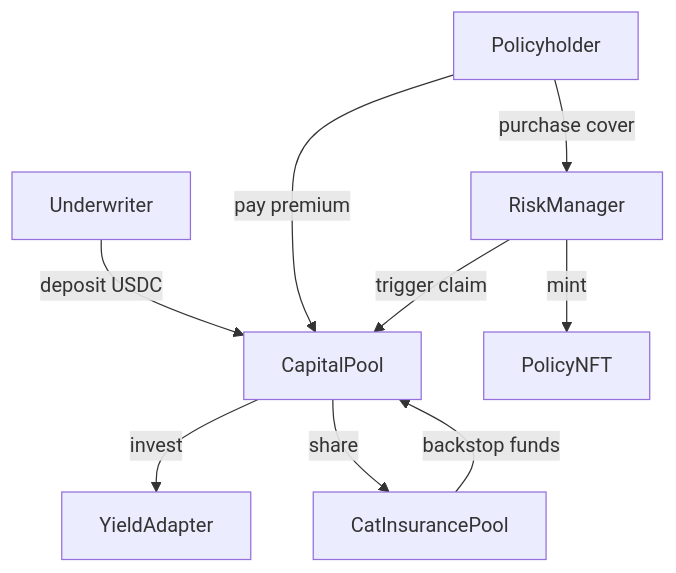
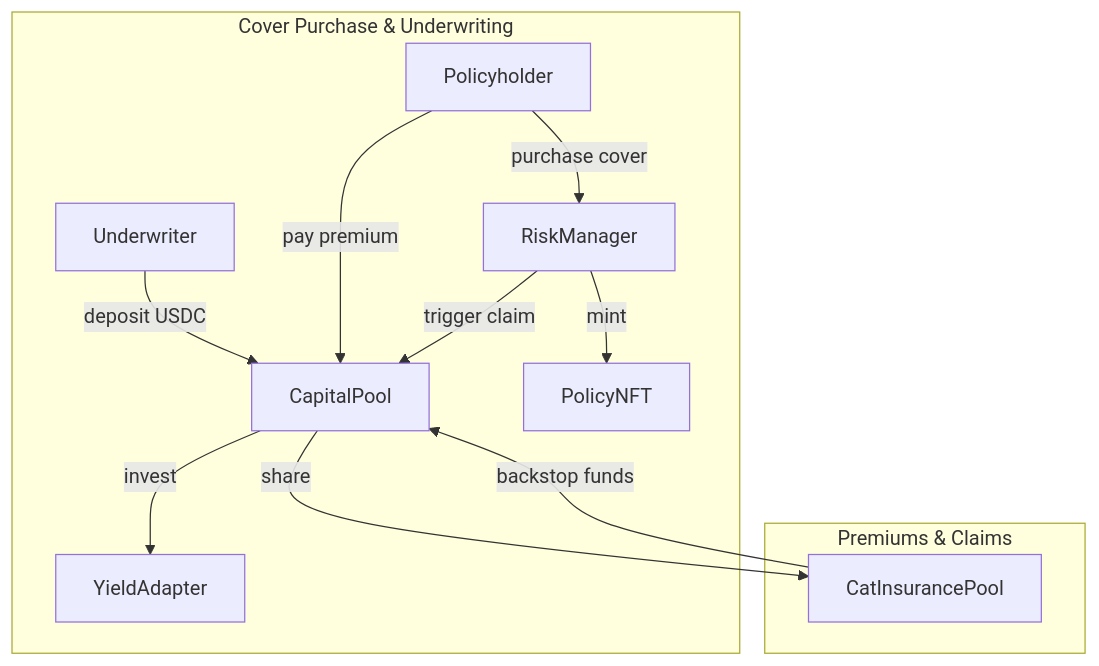
The diagram in README.md (Amplify-Insurance/monorepo), drawn with Mermaid before and after one commit.

Commit message:
Improve contract flow chart

````diff
--- a/README.md
+++ b/README.md
@@ -123,11 +123,16 @@
 ```mermaid
 graph TD
-    Underwriter -->|deposit USDC| CapitalPool
-    CapitalPool -->|invest| YieldAdapter
-    Policyholder -->|purchase cover| RiskManager
-    RiskManager -->|mint| PolicyNFT
-    Policyholder -->|pay premium| CapitalPool
-    CapitalPool -->|share| CatInsurancePool
-    RiskManager -->|trigger claim| CapitalPool
-    CatInsurancePool -->|backstop funds| CapitalPool
+    subgraph "Cover Purchase & Underwriting"
+        Underwriter -->|deposit USDC| CapitalPool
+        CapitalPool -->|invest| YieldAdapter
+        Policyholder -->|purchase cover| RiskManager
+        RiskManager -->|mint| PolicyNFT
+    end
+
+    subgraph "Premiums & Claims"
+        Policyholder -->|pay premium| CapitalPool
+        CapitalPool -->|share| CatInsurancePool
+        RiskManager -->|trigger claim| CapitalPool
+        CatInsurancePool -->|backstop funds| CapitalPool
+    end
 ```
````
